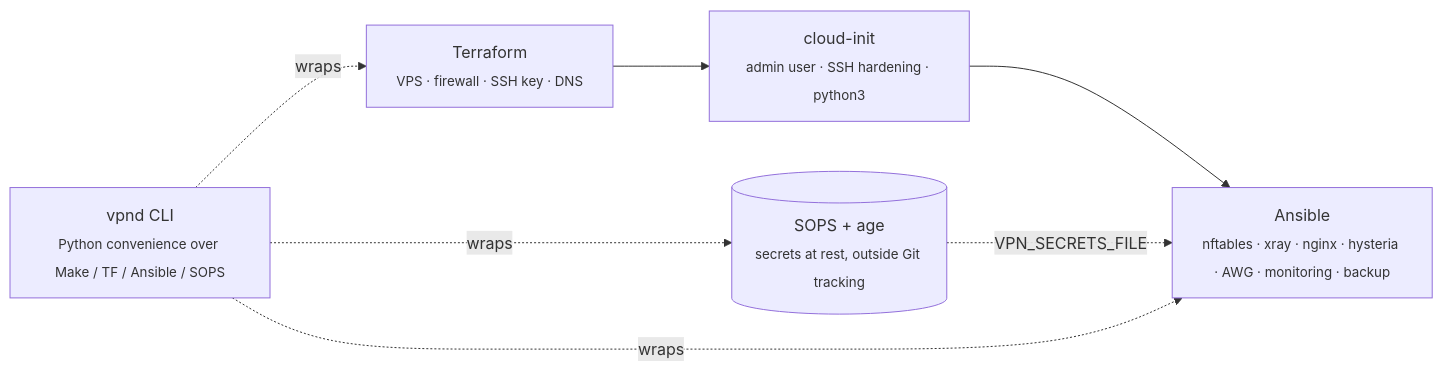
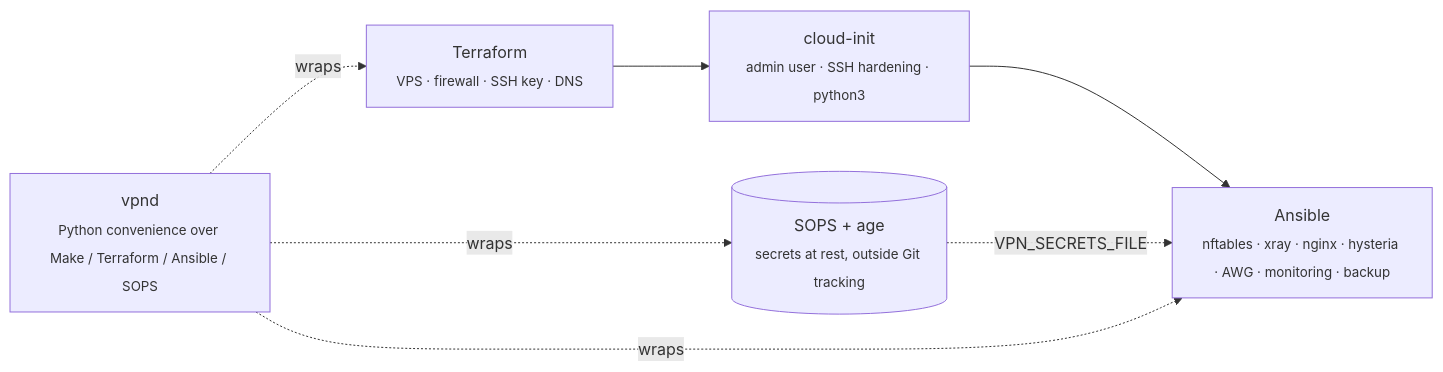
The diagram in README.md (po4yka/ripdpi-vpn-deploy), drawn with Mermaid before and after one commit. The commit also changed other lines of this file and 244 other files, not shown here.

````diff
--- a/README.md
+++ b/README.md
@@ -17,14 +38,14 @@
 ```mermaid
 flowchart LR
     TF["Terraform<br/><sub>VPS · firewall · SSH key · DNS</sub>"]
     CI["cloud-init<br/><sub>admin user · SSH hardening · python3</sub>"]
     AN["Ansible<br/><sub>nftables · xray · nginx · hysteria · AWG · monitoring · backup</sub>"]
     SC[("SOPS + age<br/><sub>secrets at rest, outside Git tracking</sub>")]
-    VD["vpnd CLI<br/><sub>Python convenience over Make / TF / Ansible / SOPS</sub>"]
+    VD["vpnd<br/><sub>Python convenience over Make / Terraform / Ansible / SOPS</sub>"]
 
     TF --> CI --> AN
     SC -. VPN_SECRETS_FILE .-> AN
     VD -. wraps .-> TF
     VD -. wraps .-> AN
     VD -. wraps .-> SC
 ```
````
